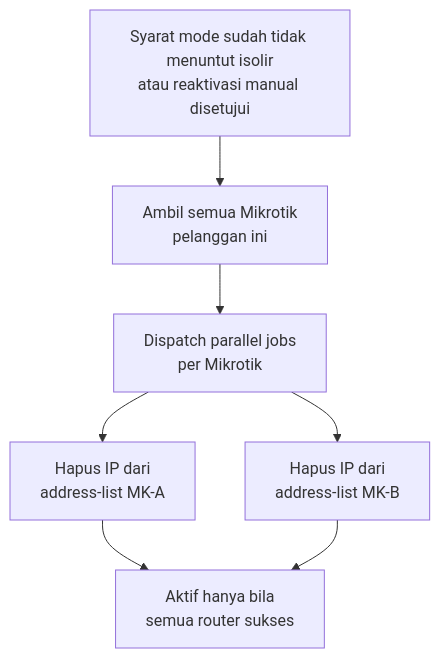
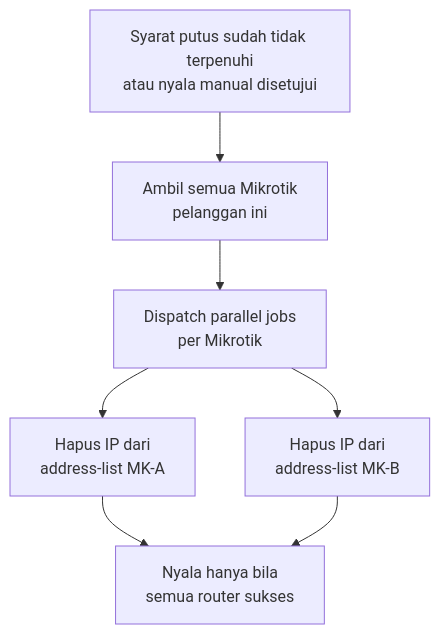
One commit to revroger007/billing-isp-v2 changed the third of 16 diagrams in docs/cara-kerja.md. Above: the diagram before and after it, drawn with Mermaid. The commit also changed other lines of this file and 4 other files, not shown here.

````diff
--- a/docs/cara-kerja.md
+++ b/docs/cara-kerja.md
@@ -287,12 +234,12 @@
 ```mermaid
 flowchart TD
-    A["Syarat mode sudah tidak menuntut isolir\natau reaktivasi manual disetujui"]
+    A["Syarat putus sudah tidak terpenuhi\natau nyala manual disetujui"]
     C["Ambil semua Mikrotik\npelanggan ini"]
     D["Dispatch parallel jobs\nper Mikrotik"]
     E1["Hapus IP dari\naddress-list MK-A"]
     E2["Hapus IP dari\naddress-list MK-B"]
-    LOG["Aktif hanya bila\nsemua router sukses"]
+    LOG["Nyala hanya bila\nsemua router sukses"]
 
     A --> C --> D
     D --> E1 & E2 --> LOG
 ```
````
